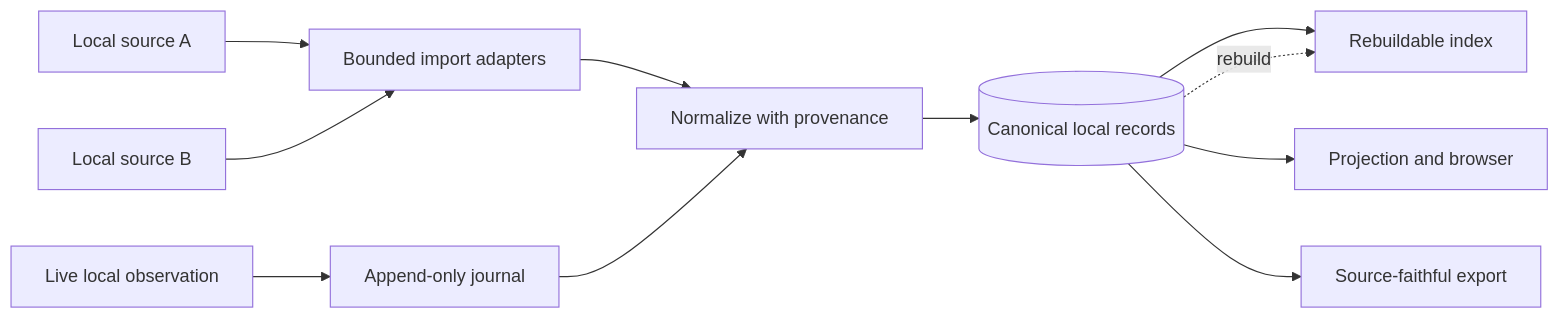
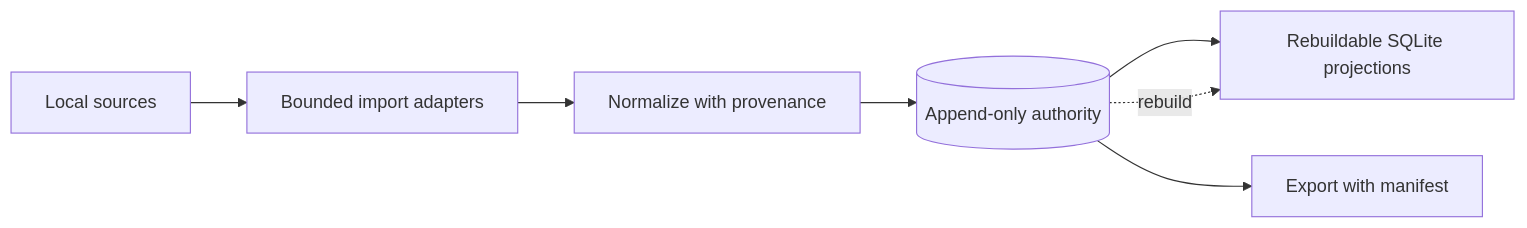
The diagram in case-studies/trustworthy-local-data-systems.md (wouthh/engineering-portfolio), drawn with Mermaid before and after one commit. The commit also changed other lines of this file and 10 other files, not shown here.

````diff
--- a/case-studies/trustworthy-local-data-systems.md
+++ b/case-studies/trustworthy-local-data-systems.md
@@ -43,13 +14,9 @@
 ```mermaid
 flowchart LR
-    A[Local source A] --> I[Bounded import adapters]
-    B[Local source B] --> I
-    C[Live local observation] --> J[Append-only journal]
+    S[Local sources] --> I[Bounded import adapters]
     I --> N[Normalize with provenance]
-    J --> N
-    N --> R[(Canonical local records)]
-    R --> X[Rebuildable index]
-    R --> P[Projection and browser]
-    R --> E[Source-faithful export]
-    R -. rebuild .-> X
+    N --> J[(Append-only authority)]
+    J --> X[Rebuildable SQLite projections]
+    J --> E[Export with manifest]
+    J -. rebuild .-> X
 ```
````
